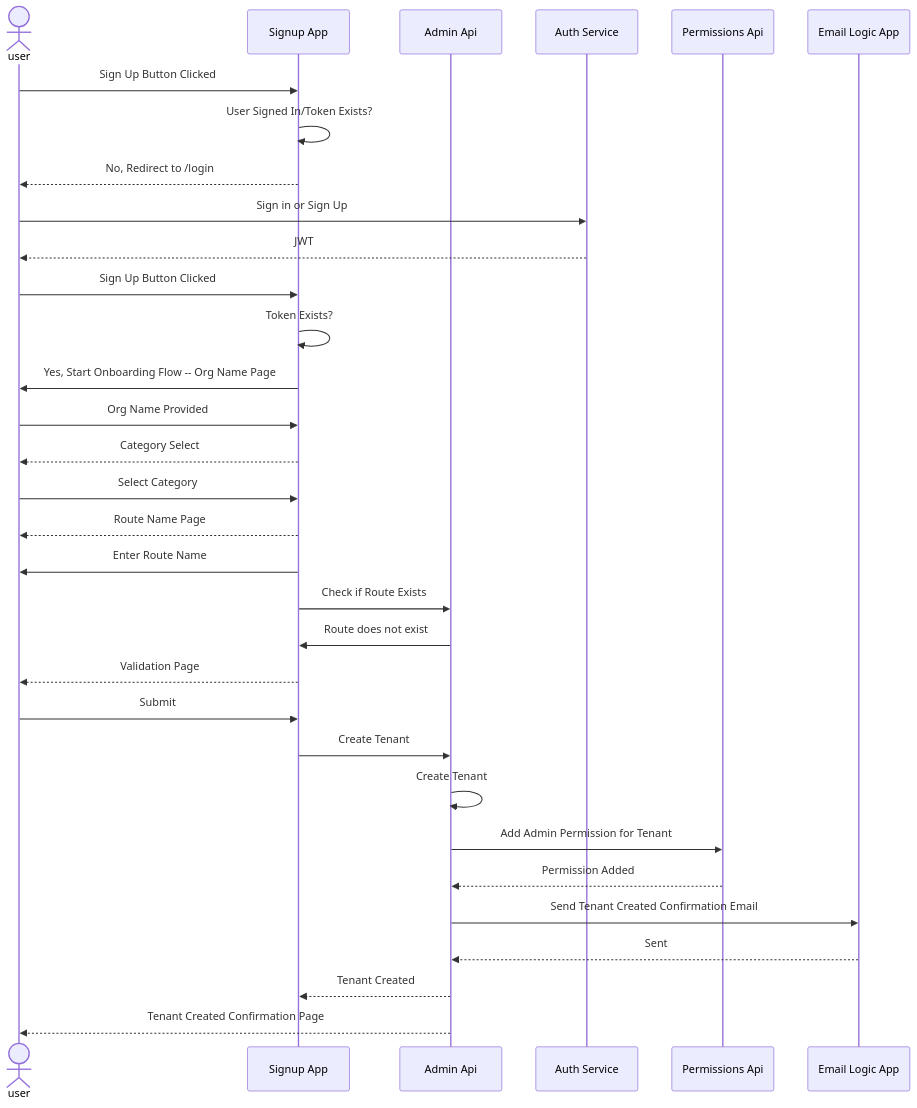
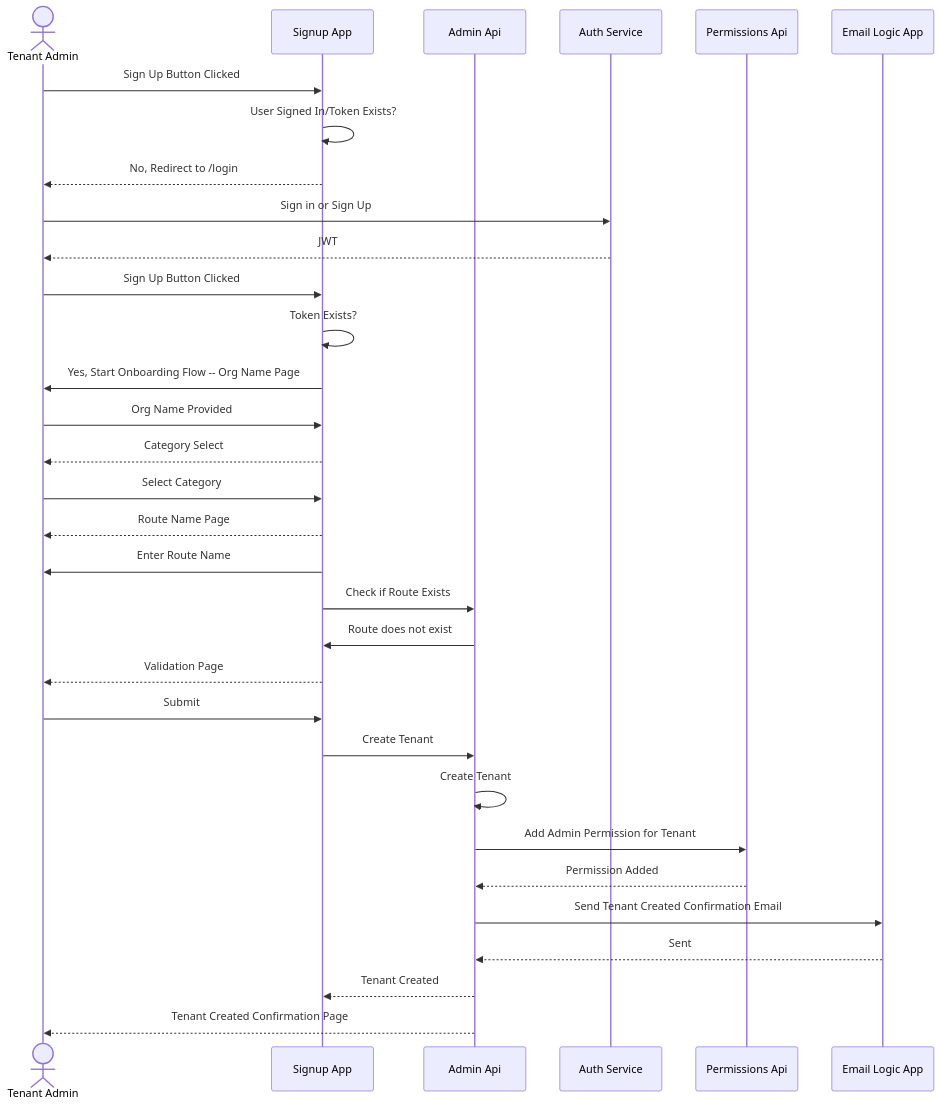
One commit to Azure/azure-saas changed the first of 3 diagrams in docs/azure-saas-docs/content/en/components/signup-administration.md. Above: the diagram before and after it, drawn with Mermaid. The commit also changed other lines of this file and 9 other files, not shown here.

````diff
--- a/docs/azure-saas-docs/content/en/components/signup-administration.md
+++ b/docs/azure-saas-docs/content/en/components/signup-administration.md
@@ -28,36 +35,36 @@
 ```mermaid
 sequenceDiagram  
-actor user 
+actor user as Tenant Admin
 participant signup as Signup App
 participant admin as Admin Api
 participant auth as Auth Service
 participant perm as Permissions Api
 participant email as Email Logic App
 
 user->>signup: Sign Up Button Clicked
 
 signup->>signup: User Signed In/Token Exists?
 signup-->>user: No, Redirect to /login
 user->>auth : Sign in or Sign Up
 auth-->>user : JWT
 user->>signup: Sign Up Button Clicked
 signup->>signup: Token Exists?
 signup->>user : Yes, Start Onboarding Flow -- Org Name Page
 user->>signup: Org Name Provided
 signup-->>user : Category Select
 user->>signup: Select Category
 signup-->>user : Route Name Page
 signup->>user: Enter Route Name
 signup->>admin: Check if Route Exists
 admin->>signup: Route does not exist
 signup-->>user : Validation Page
 user->>signup : Submit
 signup->>admin : Create Tenant
 admin->>admin : Create Tenant
 admin->>perm : Add Admin Permission for Tenant
 perm-->>admin : Permission Added
 admin->>email : Send Tenant Created Confirmation Email
 email-->>admin : Sent
 admin-->>signup : Tenant Created
 admin-->>user : Tenant Created Confirmation Page
 ```
````
